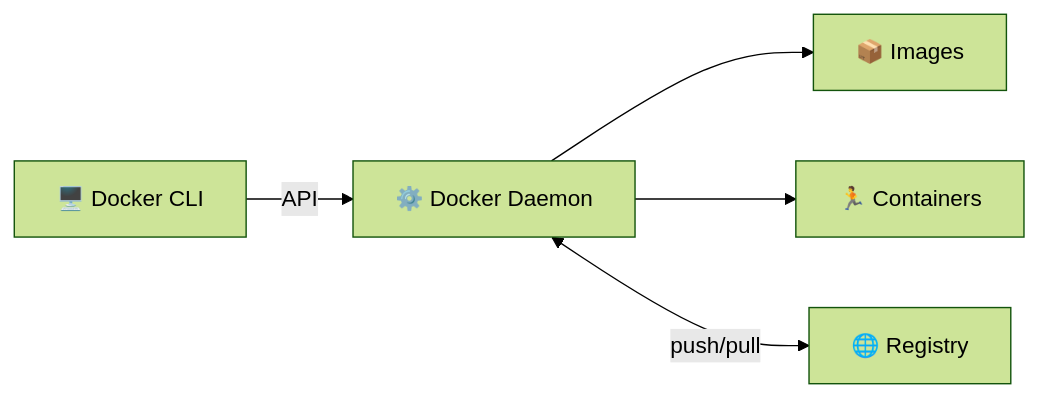
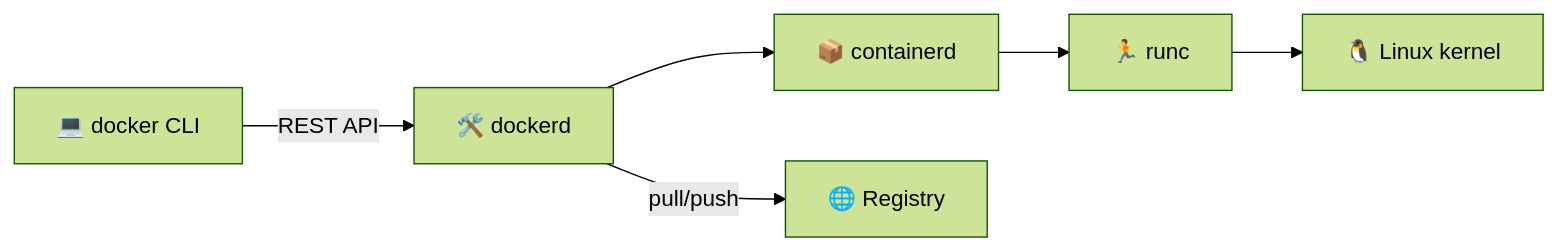
The fourth of 8 diagrams in lectures/lec2.md (inno-devops-labs/DevOps-Core-Course), drawn with Mermaid (forest theme) before and after one commit. The commit also changed other lines of this file and 24 other files, not shown here.

````diff
--- a/lectures/lec2.md
+++ b/lectures/lec2.md
@@ -355,7 +118,8 @@
 ```mermaid
 flowchart LR
-  CLI[🖥️ Docker CLI] -->|API| Daemon[⚙️ Docker Daemon]
-  Daemon --> Images[📦 Images]
-  Daemon --> Containers[🏃 Containers]
-  Daemon <-->|push/pull| Registry[🌐 Registry]
+  CLI[💻 docker CLI] -->|REST API| Daemon[🛠️ dockerd]
+  Daemon --> Containerd[📦 containerd]
+  Containerd --> Runc[🏃 runc]
+  Runc --> Kernel[🐧 Linux kernel]
+  Daemon -->|pull/push| Registry[🌐 Registry]
 ```
````
